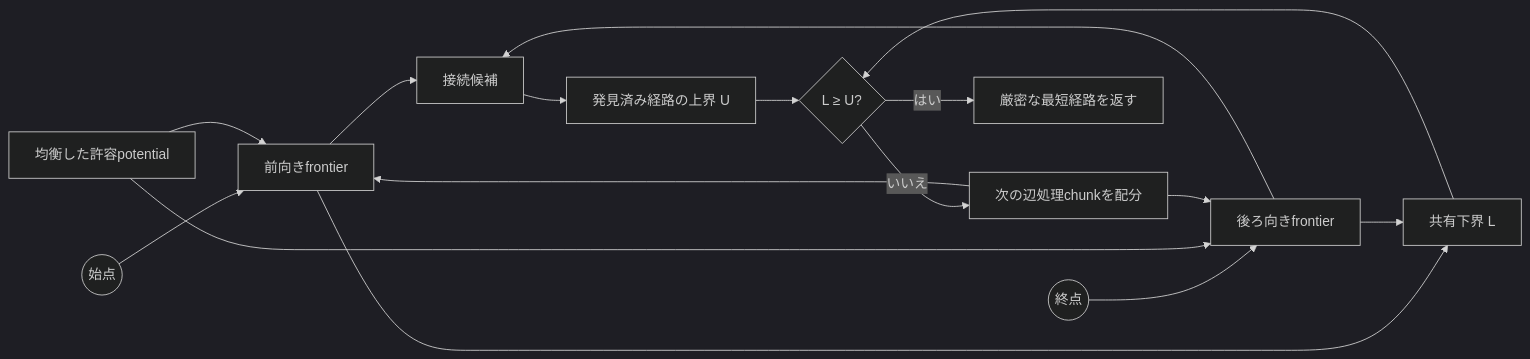
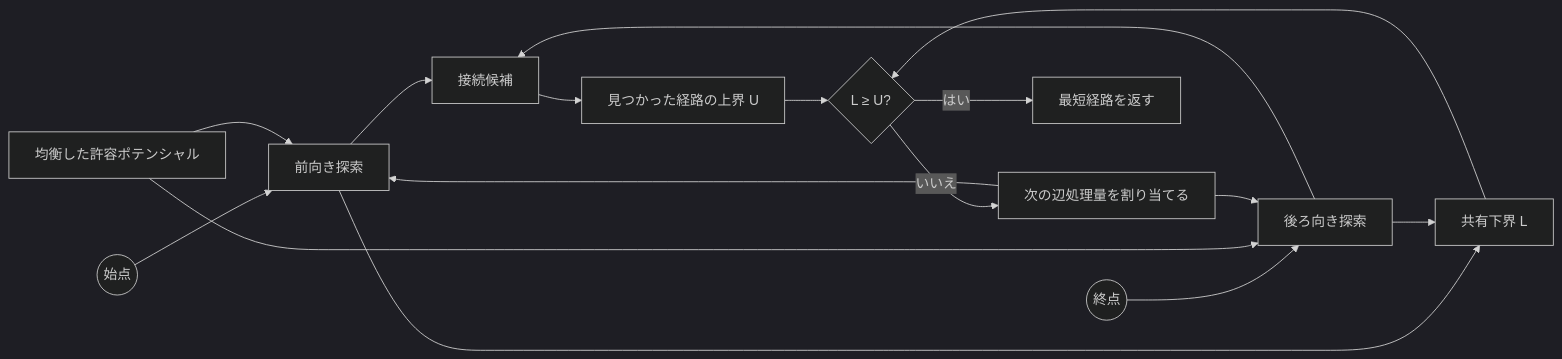
Before and after one commit to lasder-ca/aegis-acbs: the diagram in README.ja.md, drawn with Mermaid (dark theme). The commit also changed other lines of this file, not shown here.

````diff
--- a/README.ja.md
+++ b/README.ja.md
@@ -36,18 +36,18 @@
 ```mermaid
 flowchart LR
-    S((始点)) --> F[前向きfrontier]
-    T((終点)) --> B[後ろ向きfrontier]
-    P[均衡した許容potential] --> F
+    S((始点)) --> F[前向き探索]
+    T((終点)) --> B[後ろ向き探索]
+    P[均衡した許容ポテンシャル] --> F
     P --> B
     F --> C[接続候補]
     B --> C
-    C --> U[発見済み経路の上界 U]
+    C --> U[見つかった経路の上界 U]
     F --> L[共有下界 L]
     B --> L
     L --> G{L ≥ U?}
     U --> G
-    G -- いいえ --> A[次の辺処理chunkを配分]
+    G -- いいえ --> A[次の辺処理量を割り当てる]
     A --> F
     A --> B
-    G -- はい --> R[厳密な最短経路を返す]
+    G -- はい --> R[最短経路を返す]
 ```
````
